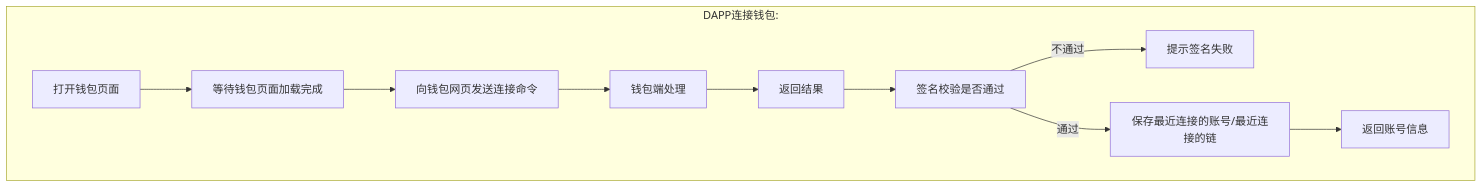
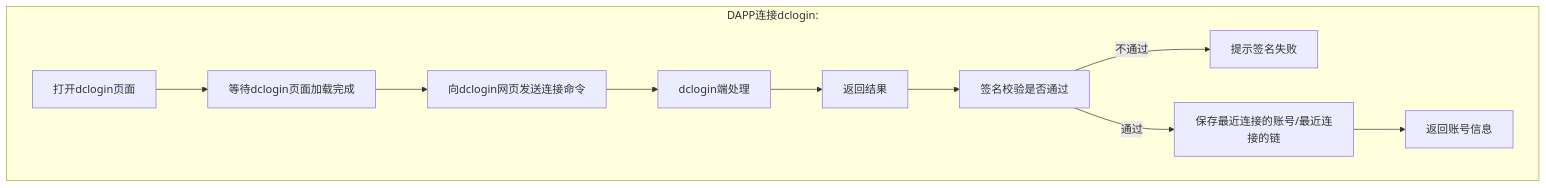
One commit to dcnetio/dclogin changed the first of 3 diagrams in DAPP.md. Above: the diagram before and after it, drawn with Mermaid. The commit also changed other lines of this file and 10 other files, not shown here.

````diff
--- a/DAPP.md
+++ b/DAPP.md
@@ -3,8 +3,8 @@
 ```mermaid
 graph TD
-subgraph DAPP连接钱包:
-打开钱包页面 --> 等待钱包页面加载完成 --> 向钱包网页发送连接命令 --> 钱包端处理 --> 返回结果 --> 签名校验是否通过
+subgraph DAPP连接dclogin:
+打开dclogin页面 --> 等待dclogin页面加载完成 --> 向dclogin网页发送连接命令 --> dclogin端处理 --> 返回结果 --> 签名校验是否通过
 签名校验是否通过 -- 不通过 --> 提示签名失败
 签名校验是否通过 -- 通过 --> 保存最近连接的账号/最近连接的链 --> 返回账号信息
 end
 ```
````
